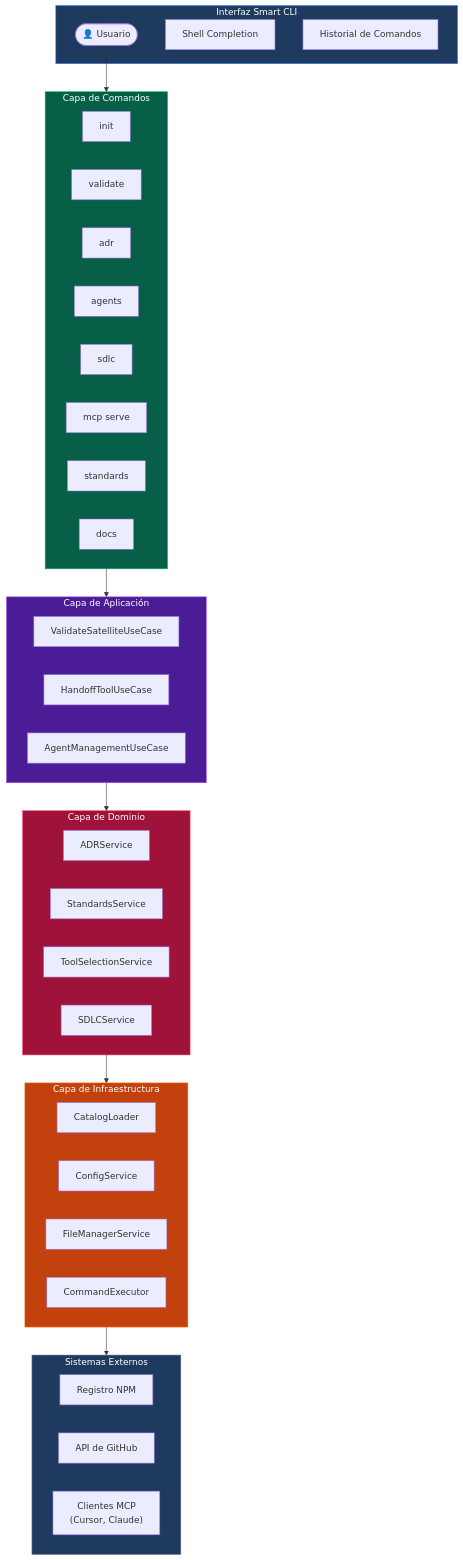
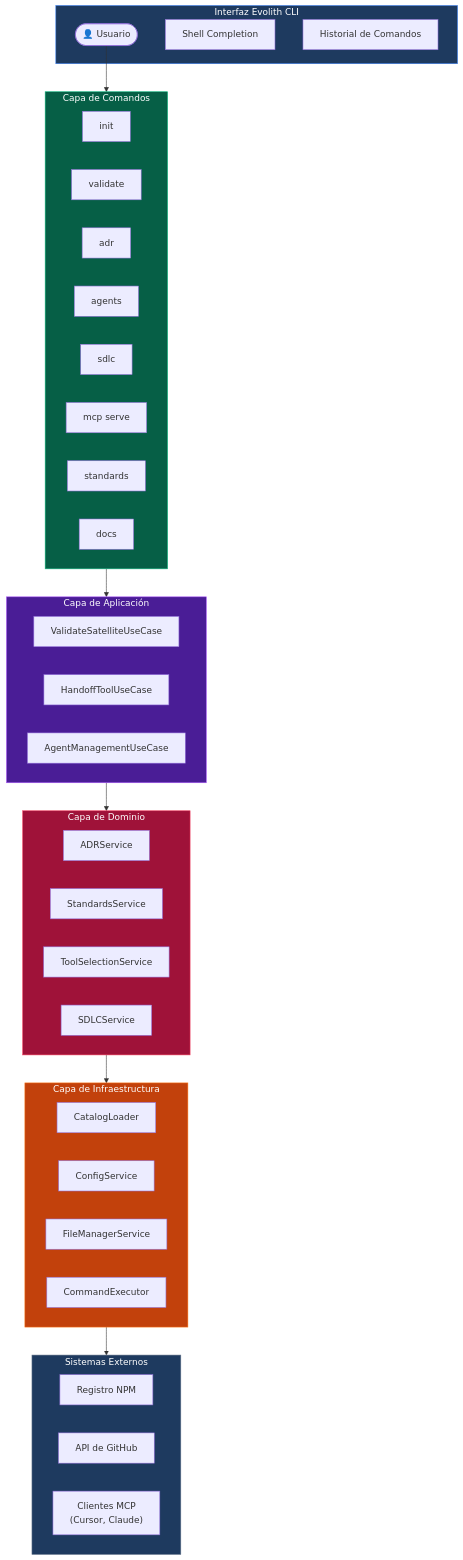
One commit to beyondnetcode/evolith_arch32 changed the first of 14 diagrams in src/sdk/cli/ARCHITECTURE.es.md. Above: the diagram before and after it, drawn with Mermaid. The commit also changed other lines of this file and 195 other files, not shown here.

First line of the commit message:
refactor(brand): align "Smart CLI" → "Evolith CLI" across docs, code, npm, and assemblies

````diff
--- a/src/sdk/cli/ARCHITECTURE.es.md
+++ b/src/sdk/cli/ARCHITECTURE.es.md
@@ -26,58 +26,58 @@
 ```mermaid
 graph TB
-    subgraph CLI["Interfaz Smart CLI"]
+    subgraph CLI["Interfaz Evolith CLI"]
         CLI_User(["👤 Usuario"])
         CLI_Shell["Shell Completion"]
         CLI_History["Historial de Comandos"]
     end
 
     subgraph Commands["Capa de Comandos"]
         CMD_Init["init"]
         CMD_Validate["validate"]
         CMD_ADR["adr"]
         CMD_Agents["agents"]
         CMD_SDLC["sdlc"]
         CMD_MCP["mcp serve"]
         CMD_Standards["standards"]
         CMD_Docs["docs"]
     end
 
     subgraph Application["Capa de Aplicación"]
         UC_Validate["ValidateSatelliteUseCase"]
         UC_Handoff["HandoffToolUseCase"]
         UC_AgentMgmt["AgentManagementUseCase"]
     end
 
     subgraph Domain["Capa de Dominio"]
         DOM_ADR["ADRService"]
         DOM_Standards["StandardsService"]
         DOM_ToolSel["ToolSelectionService"]
         DOM_SDLC["SDLCService"]
     end
 
     subgraph Infrastructure["Capa de Infraestructura"]
         INF_Catalog["CatalogLoader"]
         INF_Config["ConfigService"]
         INF_FileMgr["FileManagerService"]
         INF_CLI["CommandExecutor"]
     end
 
     subgraph External["Sistemas Externos"]
         EXT_NPM["Registro NPM"]
         EXT_GitHub["API de GitHub"]
         EXT_MCP["Clientes MCP\n(Cursor, Claude)"]
     end
 
     CLI_User --> Commands
     Commands --> Application
     Application --> Domain
     Domain --> Infrastructure
     Infrastructure --> External
 
     style CLI fill:#1e3a5f,stroke:#3b82f6,color:#fff
     style Commands fill:#065f46,stroke:#10b981,color:#fff
     style Application fill:#4a1d96,stroke:#a855f7,color:#fff
     style Domain fill:#9f1239,stroke:#f43f5e,color:#fff
     style Infrastructure fill:#c2410c,stroke:#f97316,color:#fff
     style External fill:#1e3a5f,stroke:#64748b,color:#fff
 ```
````
